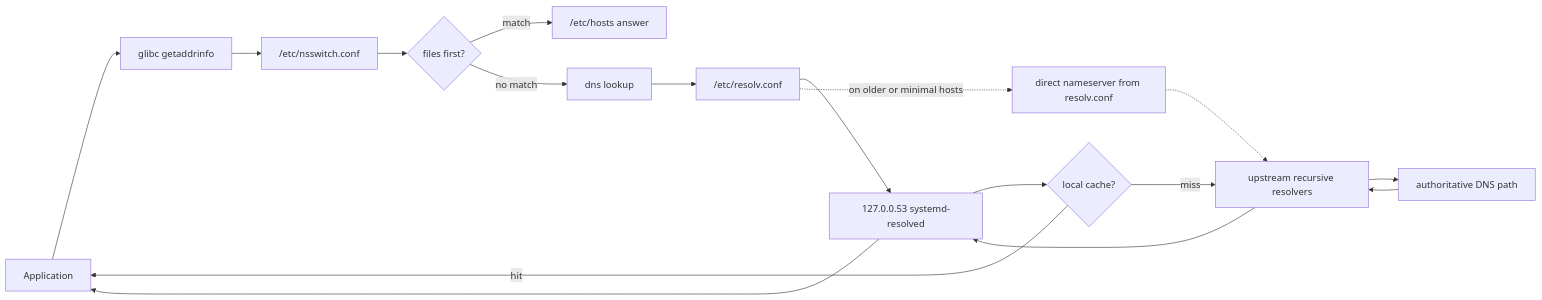
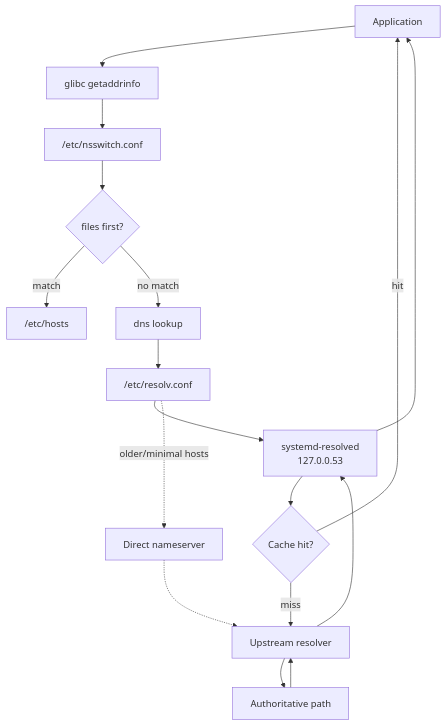
Before and after one commit to chunyang-wen/chunyang-wen.github.io: the second of 5 diagrams in _posts/2026/2026-06-08-deep-dive-into-dns-architecture-hijacks-and-timeouts.md, drawn with Mermaid. The commit also changed other lines of this file, not shown here.

Commit message:
Compact DNS Mermaid diagrams

````diff
--- a/_posts/2026/2026-06-08-deep-dive-into-dns-architecture-hijacks-and-timeouts.md
+++ b/_posts/2026/2026-06-08-deep-dive-into-dns-architecture-hijacks-and-timeouts.md
@@ -95,20 +95,20 @@
 ```mermaid
-flowchart LR
+flowchart TB
     app["Application"] --> libc["glibc getaddrinfo"]
     libc --> nss["/etc/nsswitch.conf"]
     nss --> hosts{"files first?"}
-    hosts -- "match" --> etchosts["/etc/hosts answer"]
+    hosts -- "match" --> etchosts["/etc/hosts"]
     hosts -- "no match" --> dns["dns lookup"]
     dns --> resolv["/etc/resolv.conf"]
-    resolv --> stub["127.0.0.53 systemd-resolved"]
-    stub --> cache{"local cache?"}
+    resolv --> stub["systemd-resolved\n127.0.0.53"]
+    stub --> cache{"Cache hit?"}
     cache -- "hit" --> app
-    cache -- "miss" --> upstream["upstream recursive resolvers"]
-    upstream --> auth["authoritative DNS path"]
+    cache -- "miss" --> upstream["Upstream resolver"]
+    upstream --> auth["Authoritative path"]
     auth --> upstream
     upstream --> stub
     stub --> app
 
-    resolv -. "on older or minimal hosts" .-> direct["direct nameserver from resolv.conf"]
+    resolv -. "older/minimal hosts" .-> direct["Direct nameserver"]
     direct -.-> upstream
 ```
````
